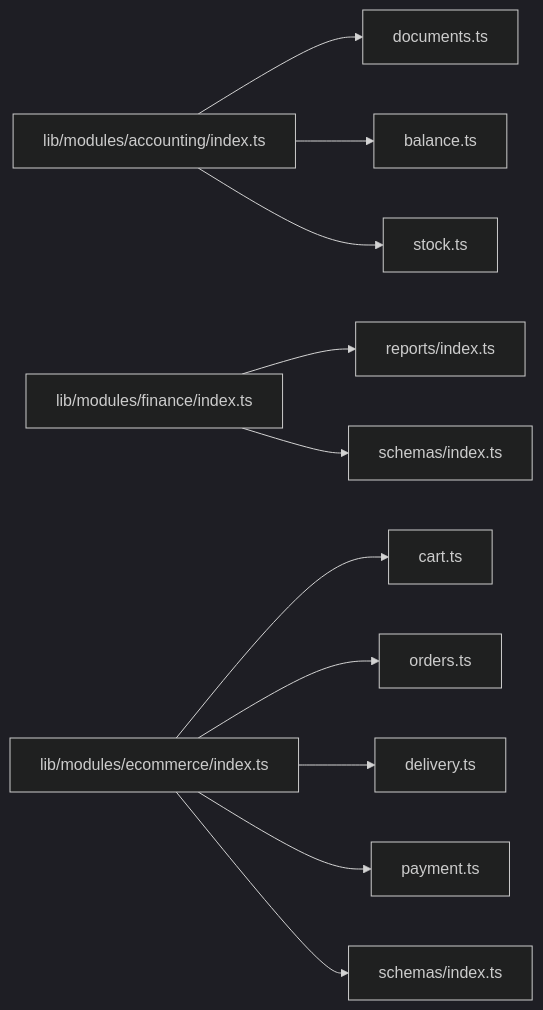
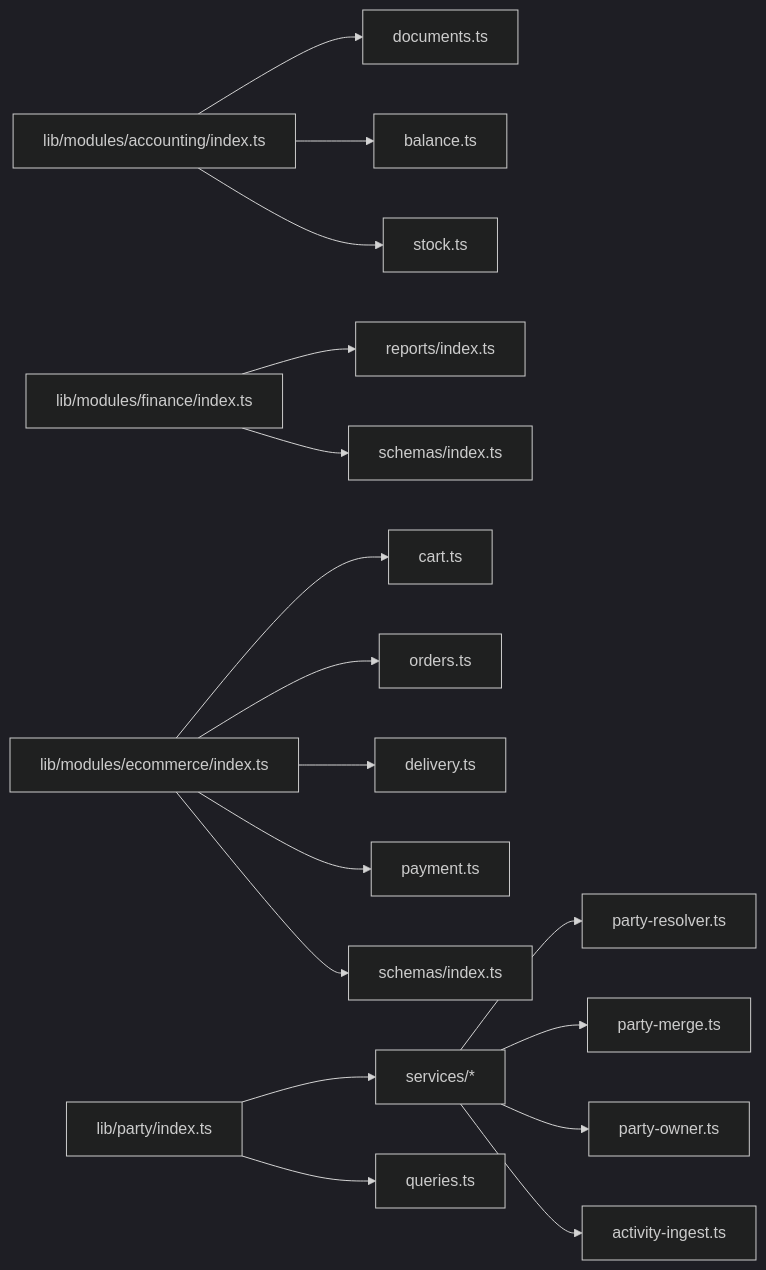
One commit to nzey11/erp-new changed the third of 12 diagrams in .qoder/repowiki/en/content/Architecture Overview/System Design Patterns.md. Above: the diagram before and after it, drawn with Mermaid (dark theme). The commit also changed other lines of this file and 6 other files, not shown here.

````diff
--- a/.qoder/repowiki/en/content/Architecture Overview/System Design Patterns.md
+++ b/.qoder/repowiki/en/content/Architecture Overview/System Design Patterns.md
@@ -159,13 +227,19 @@
 ```mermaid
 graph LR
 Acc_Index["lib/modules/accounting/index.ts"] --> Acc_Doc["documents.ts"]
 Acc_Index --> Acc_Balance["balance.ts"]
 Acc_Index --> Acc_Stock["stock.ts"]
 Fin_Index["lib/modules/finance/index.ts"] --> Fin_Reports["reports/index.ts"]
 Fin_Index --> Fin_Schemas["schemas/index.ts"]
 Eco_Index["lib/modules/ecommerce/index.ts"] --> Eco_Cart["cart.ts"]
 Eco_Index --> Eco_Orders["orders.ts"]
 Eco_Index --> Eco_Delivery["delivery.ts"]
 Eco_Index --> Eco_Payment["payment.ts"]
 Eco_Index --> Eco_Schemas["schemas/index.ts"]
+CRM_Index["lib/party/index.ts"] --> Party_Services["services/*"]
+CRM_Index --> Party_Queries["queries.ts"]
+Party_Services --> Party_Resolver["party-resolver.ts"]
+Party_Services --> Party_Merge["party-merge.ts"]
+Party_Services --> Party_Owner["party-owner.ts"]
+Party_Services --> Party_Activity["activity-ingest.ts"]
 ```
````
